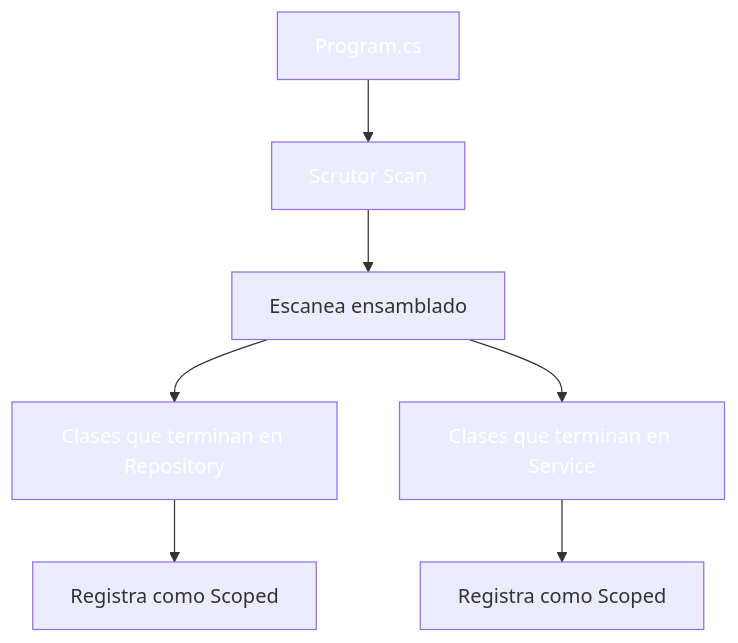
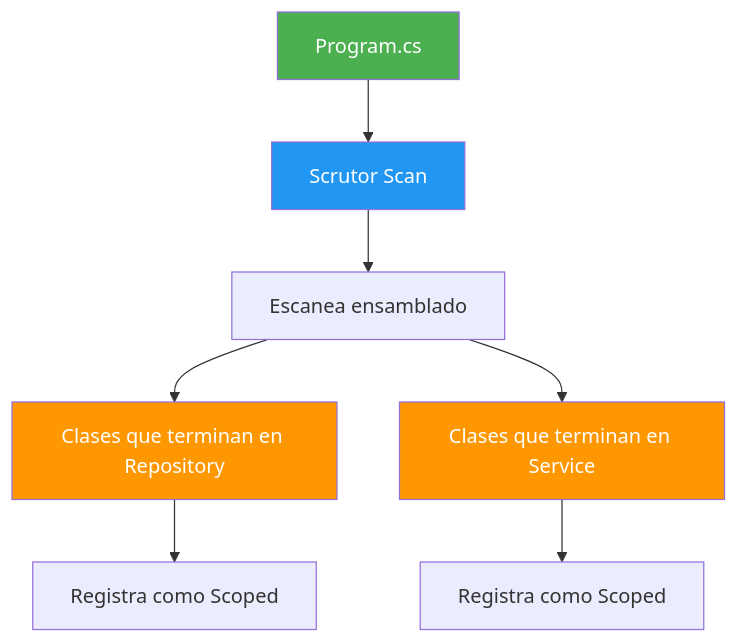
The third of 5 diagrams in 06-inyeccion-dependencias.md (joseluisgs/DesarrolloWebEntornosServidor-02-2026-2027), drawn with Mermaid before and after one commit. The commit also changed other lines of this file and 29 other files, not shown here.

Commit message:
docs: corregir estilos Mermaid y estilo, quitar referencias a la Tienda y reestructurar los retos 13 y 15

````diff
--- a/06-inyeccion-dependencias.md
+++ b/06-inyeccion-dependencias.md
@@ -465,14 +465,14 @@
 ```mermaid
 flowchart TD
     Program["Program.cs"] --> Scan["Scrutor Scan"]
     Scan --> Scan1["Escanea ensamblado"]
     Scan1 --> Match1["Clases que terminan en Repository"]
     Scan1 --> Match2["Clases que terminan en Service"]
     Match1 --> Reg1["Registra como Scoped"]
     Match2 --> Reg2["Registra como Scoped"]
 
-    style Program fill:#4CAF5,color:#fff0,color:#fff
-    style Scan fill:#2196F,color:#fff3,color:#fff
-    style Match1 fill:#FF980,color:#fff0,color:#fff
-    style Match2 fill:#FF980,color:#fff0,color:#fff
+    style Program fill:#4CAF50,color:#fff
+    style Scan fill:#2196F3,color:#fff
+    style Match1 fill:#FF9800,color:#fff
+    style Match2 fill:#FF9800,color:#fff
 ```
````
